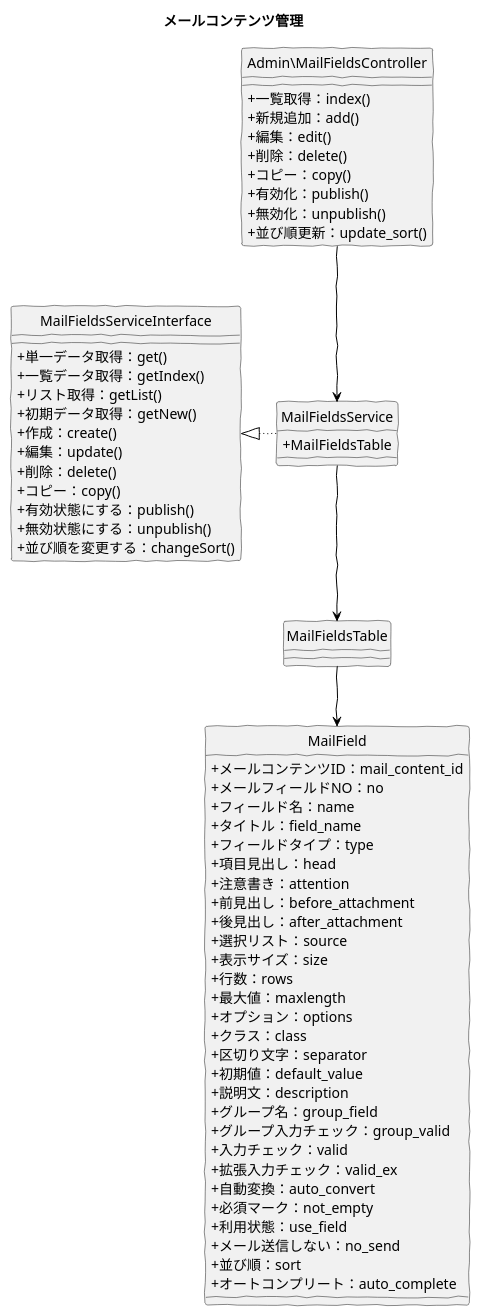
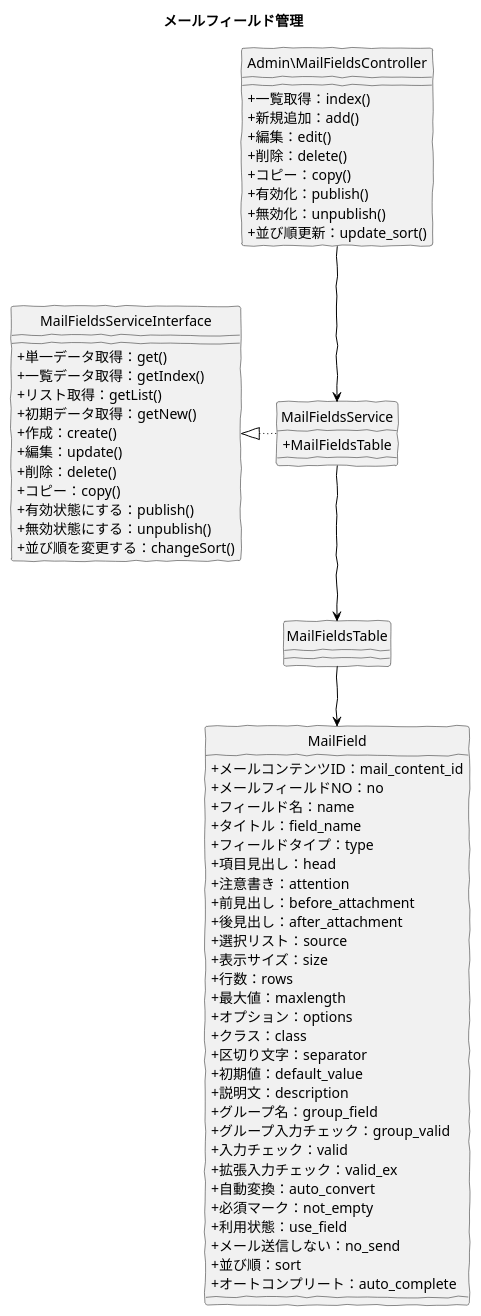
Before and after one commit to baserproject/baserproject.github.io: the diagram in src/puml/5/ucmitz/svg/class/bc-mail/manage_mail_fields.puml, drawn with PlantUML. The commit also changed 15 other files, not shown here.

```diff
--- a/src/puml/5/ucmitz/svg/class/bc-mail/manage_mail_fields.puml
+++ b/src/puml/5/ucmitz/svg/class/bc-mail/manage_mail_fields.puml
@@ -1,77 +1,77 @@
 @startuml
 skinparam handwritten true
 skinparam backgroundColor white
 hide circle
 skinparam classAttributeIconSize 0
 
-title メールコンテンツ管理
+title メールフィールド管理
 
 class Admin\MailFieldsController {
   + 一覧取得：index()
   + 新規追加：add()
   + 編集：edit()
   + 削除：delete()
   + コピー：copy()
   + 有効化：publish()
   + 無効化：unpublish()
   + 並び順更新：update_sort()
 }
 
 class MailFieldsService {
   + MailFieldsTable
 }
 
 class MailFieldsServiceInterface {
   + 単一データ取得：get()
   + 一覧データ取得：getIndex()
   + リスト取得：getList()
   + 初期データ取得：getNew()
   + 作成：create()
   + 編集：update()
   + 削除：delete()
   + コピー：copy()
   + 有効状態にする：publish()
   + 無効状態にする：unpublish()
   + 並び順を変更する：changeSort()
 }
 
 class MailFieldsTable {
 }
 
 class MailField {
 	+ メールコンテンツID：mail_content_id
 	+ メールフィールドNO：no
 	+ フィールド名：name
 	+ タイトル：field_name
 	+ フィールドタイプ：type
 	+ 項目見出し：head
 	+ 注意書き：attention
 	+ 前見出し：before_attachment
 	+ 後見出し：after_attachment
 	+ 選択リスト：source
 	+ 表示サイズ：size
 	+ 行数：rows
 	+ 最大値：maxlength
 	+ オプション：options
 	+ クラス：class
 	+ 区切り文字：separator
 	+ 初期値：default_value
 	+ 説明文：description
 	+ グループ名：group_field
 	+ グループ入力チェック：group_valid
 	+ 入力チェック：valid
 	+ 拡張入力チェック：valid_ex
 	+ 自動変換：auto_convert
 	+ 必須マーク：not_empty
 	+ 利用状態：use_field
 	+ メール送信しない：no_send
 	+ 並び順：sort
 	+ オートコンプリート：auto_complete
 }
 
 Admin\MailFieldsController -down[#Black]-> MailFieldsService
 MailFieldsService -down[#Black]-> MailFieldsTable
 MailFieldsService -left[dotted,#Black]-|> MailFieldsServiceInterface
 MailFieldsTable -down[#Black]-> MailField
 
 @enduml
```
